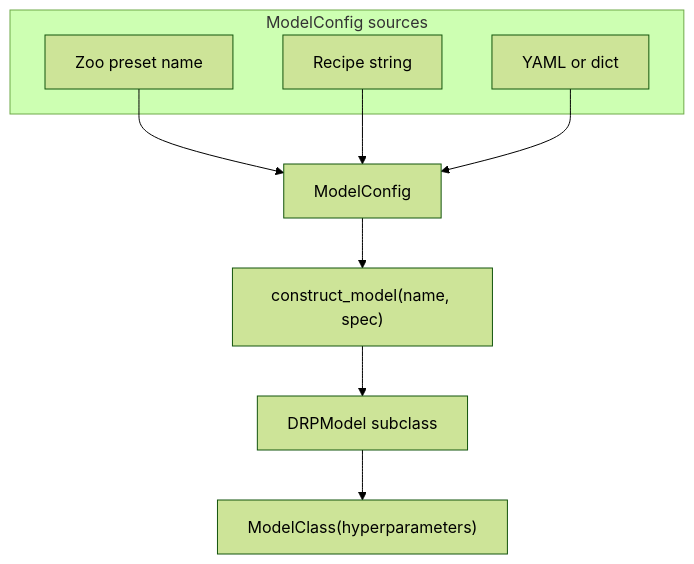
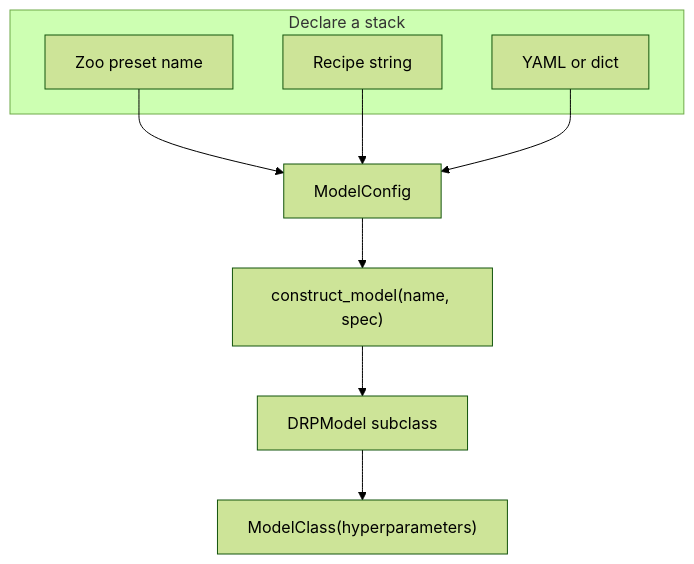
One commit to daisybio/drevalpy changed the diagram in docs/python/models.rst. Above: the diagram before and after it, drawn with Mermaid (forest theme). The commit also changed other lines of this file and 1 other file, not shown here.

First line of the commit message:
Fix nox test imports and weave Mermaid into the models docs story.

```diff
--- a/docs/python/models.rst
+++ b/docs/python/models.rst
@@ -13,19 +19,19 @@
 .. mermaid::
 
    flowchart TD
-      subgraph specInputs ["ModelConfig sources"]
+      subgraph specInputs ["Declare a stack"]
          zooPreset["Zoo preset name"]
          recipeString["Recipe string"]
          yamlOrDict["YAML or dict"]
       end
       modelConfig["ModelConfig"]
       constructModel["construct_model(name, spec)"]
       drpSubclass["DRPModel subclass"]
       instance["ModelClass(hyperparameters)"]
 
       zooPreset --> modelConfig
       recipeString --> modelConfig
       yamlOrDict --> modelConfig
       modelConfig --> constructModel
       constructModel --> drpSubclass
       drpSubclass --> instance
```
